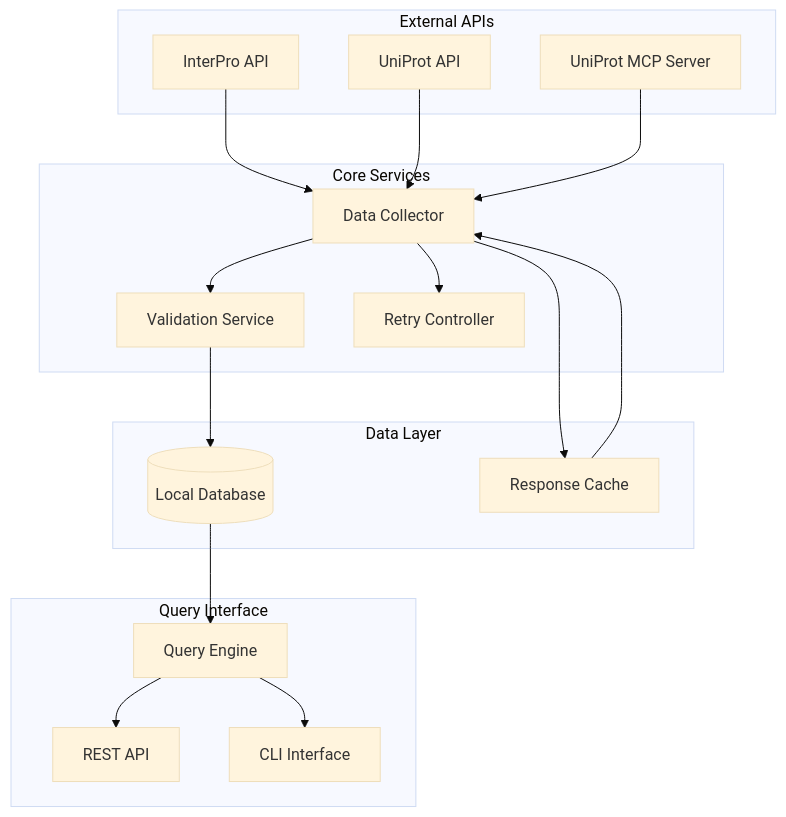
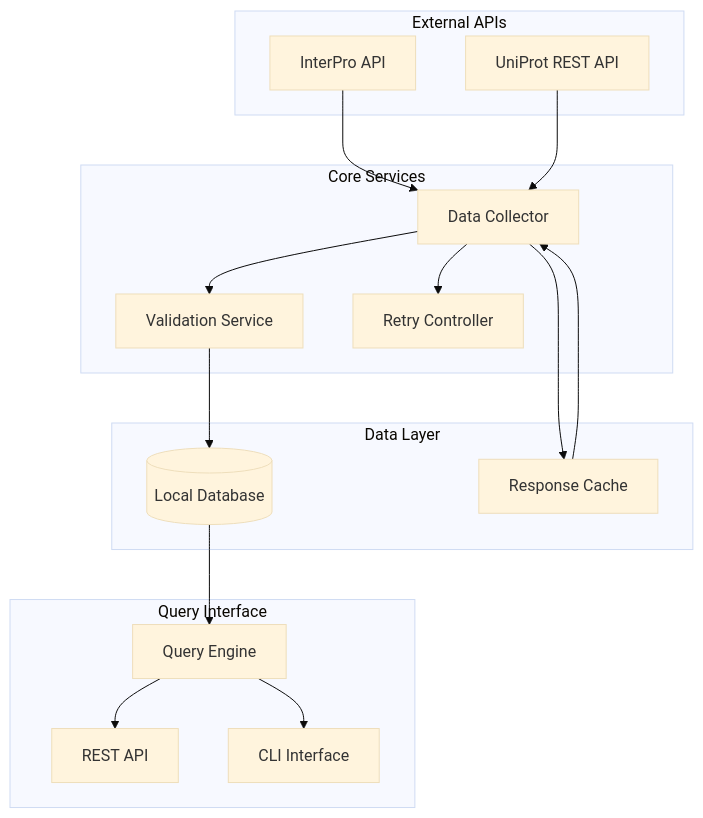
Before and after one commit to RennenGal/ResearchProject: the diagram in .kiro/specs/protein-data-collector/design.md, drawn with Mermaid (base theme). The commit also changed other lines of this file and 37 other files, not shown here.

First line of the commit message:
Remove MCP server support and simplify to REST API only

````diff
--- a/.kiro/specs/protein-data-collector/design.md
+++ b/.kiro/specs/protein-data-collector/design.md
@@ -16,37 +16,35 @@
 ```mermaid
 graph TB
     subgraph "External APIs"
         InterPro[InterPro API]
-        UniProt[UniProt API]
-        MCP[UniProt MCP Server]
+        UniProt[UniProt REST API]
     end
     
     subgraph "Core Services"
         DC[Data Collector]
         VA[Validation Service]
         RC[Retry Controller]
     end
     
     subgraph "Data Layer"
         DB[(Local Database)]
         Cache[Response Cache]
     end
     
     subgraph "Query Interface"
         QE[Query Engine]
         API[REST API]
         CLI[CLI Interface]
     end
     
     InterPro --> DC
     UniProt --> DC
-    MCP --> DC
     DC --> VA
     DC --> RC
     VA --> DB
     DB --> QE
     QE --> API
     QE --> CLI
     DC --> Cache
     Cache --> DC
 ```
````
